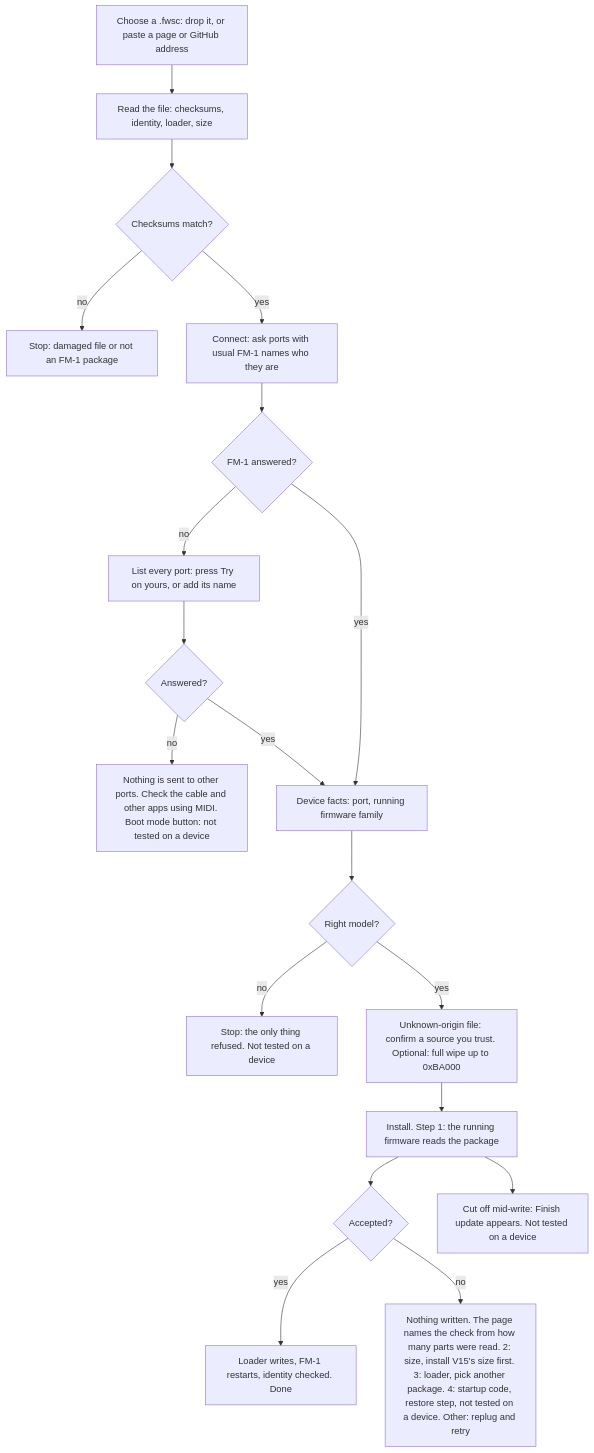
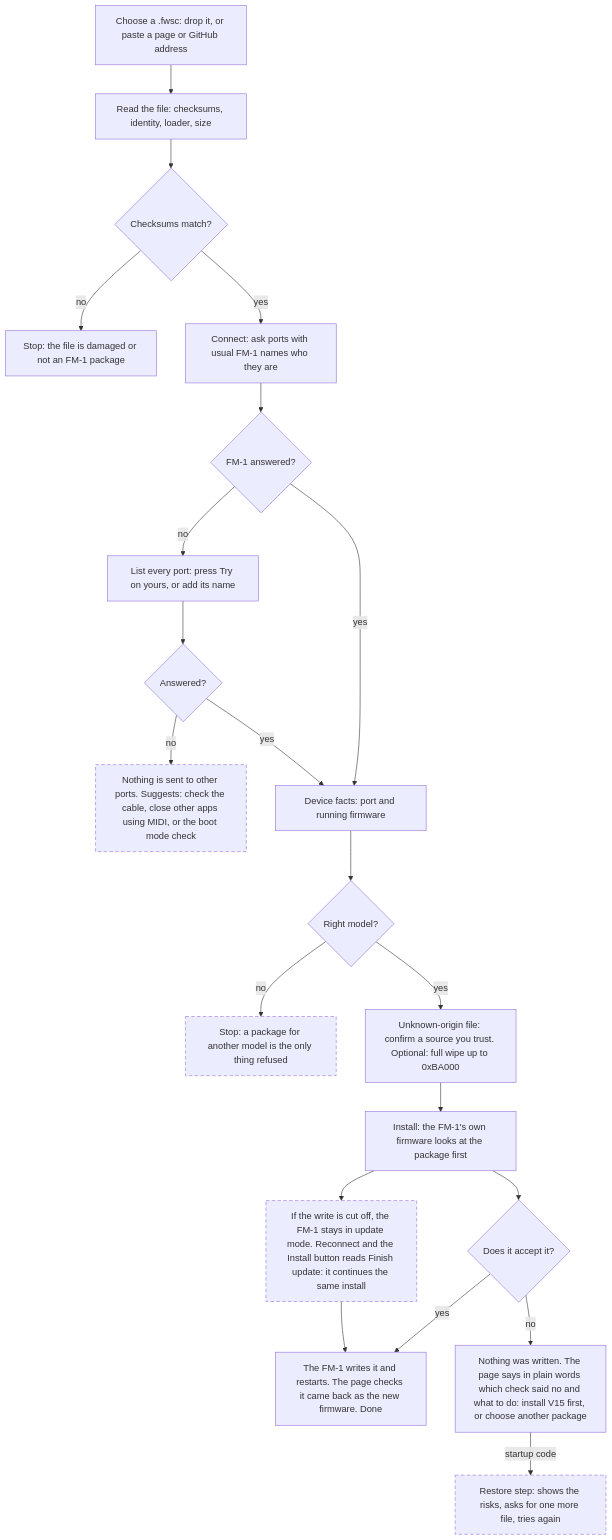
Before and after one commit to seajaysec/fm-static: the diagram in README.md, drawn with Mermaid. The commit also changed other lines of this file and 2 other files, not shown here.

Commit message:
Flowchart in plain words: what comes after Finish update, one refusal box, dashed outline for paths not yet run on a device

````diff
--- a/README.md
+++ b/README.md
@@ -55,21 +55,25 @@
 ```mermaid
 flowchart TD
   A[Choose a .fwsc: drop it, or paste a page or GitHub address] --> B[Read the file: checksums, identity, loader, size]
   B --> C{Checksums match?}
-  C -- no --> C1[Stop: damaged file or not an FM-1 package]
+  C -- no --> C1[Stop: the file is damaged or not an FM-1 package]
   C -- yes --> D[Connect: ask ports with usual FM-1 names who they are]
   D --> E{FM-1 answered?}
   E -- no --> F[List every port: press Try on yours, or add its name]
   F --> G{Answered?}
-  G -- no --> H[Nothing is sent to other ports. Check the cable and other apps using MIDI. Boot mode button: not tested on a device]
-  E -- yes --> I[Device facts: port, running firmware family]
+  G -- no --> H[Nothing is sent to other ports. Suggests: check the cable, close other apps using MIDI, or the boot mode check]
+  E -- yes --> I[Device facts: port and running firmware]
   G -- yes --> I
   I --> J{Right model?}
-  J -- no --> J1[Stop: the only thing refused. Not tested on a device]
+  J -- no --> J1[Stop: a package for another model is the only thing refused]
   J -- yes --> K[Unknown-origin file: confirm a source you trust. Optional: full wipe up to 0xBA000]
-  K --> M[Install. Step 1: the running firmware reads the package]
-  M --> N{Accepted?}
-  N -- yes --> O[Loader writes, FM-1 restarts, identity checked. Done]
-  N -- no --> Q[Nothing written. The page names the check from how many parts were read. 2: size, install V15's size first. 3: loader, pick another package. 4: startup code, restore step, not tested on a device. Other: replug and retry]
-  M --> S[Cut off mid-write: Finish update appears. Not tested on a device]
+  K --> M[Install: the FM-1's own firmware looks at the package first]
+  M --> N{Does it accept it?}
+  N -- yes --> O[The FM-1 writes it and restarts. The page checks it came back as the new firmware. Done]
+  N -- no --> Q[Nothing was written. The page says in plain words which check said no and what to do: install V15 first, or choose another package]
+  Q -- startup code --> R[Restore step: shows the risks, asks for one more file, tries again]
+  M --> S[If the write is cut off, the FM-1 stays in update mode. Reconnect and the Install button reads Finish update: it continues the same install]
+  S --> O
+  classDef notrun stroke-dasharray: 6 4
+  class H,J1,S,R notrun
 ```
````
